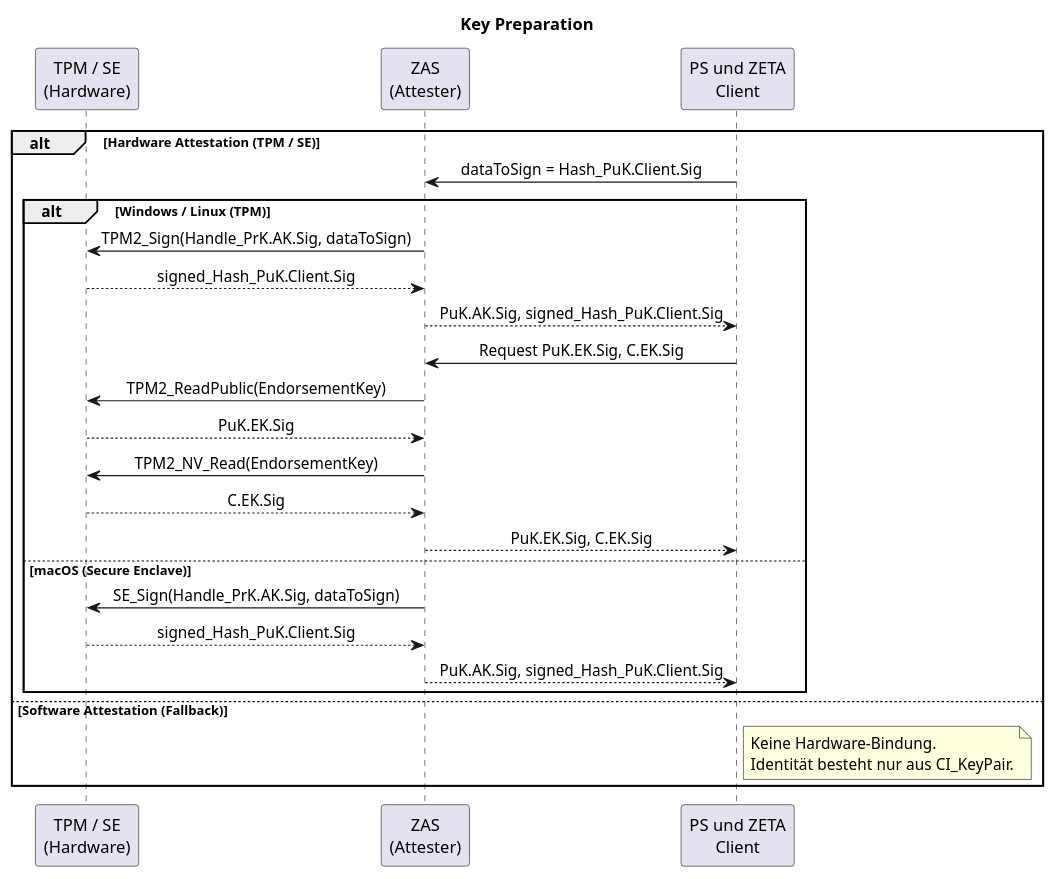
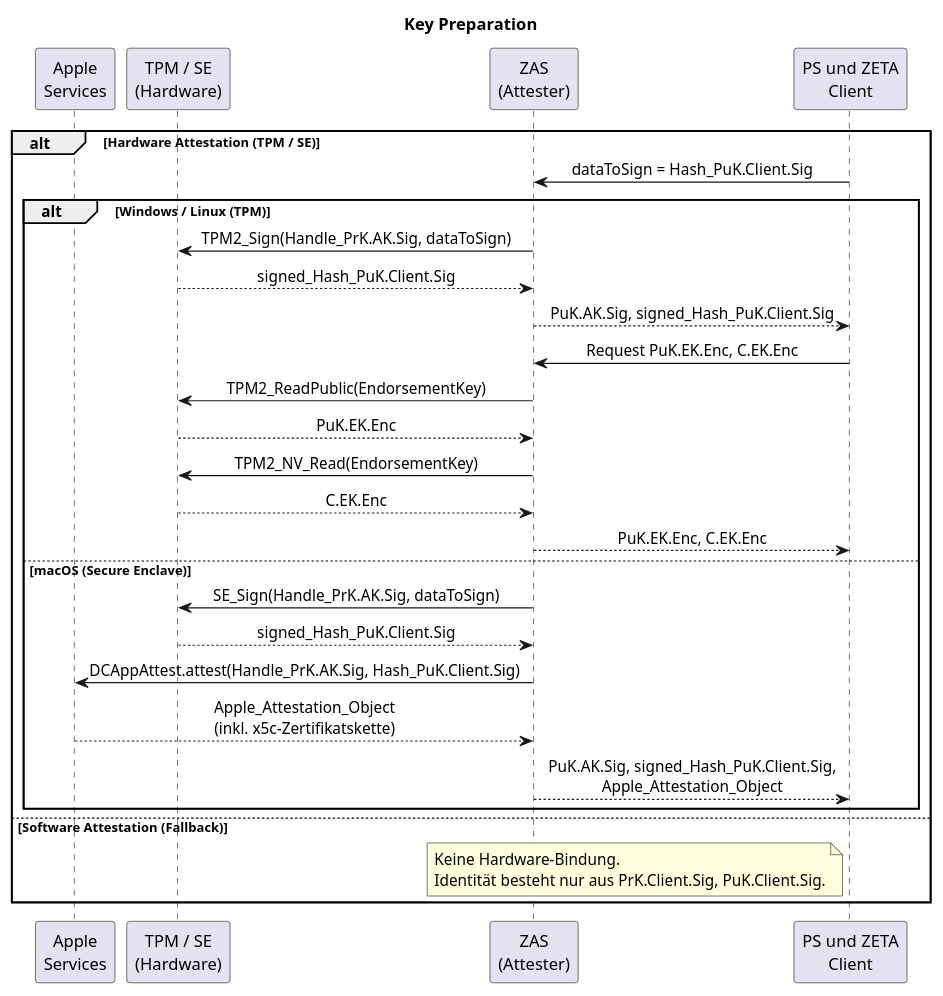
The diagram in src/plantuml/tmp/attestation-flows/key-preparation.puml (gematik/zeta), drawn with PlantUML before and after one commit. The commit also changed 2 other files, not shown here.

Commit message:
refactor: update attestation flow diagrams to include ZETA Guard fast-path and standardize key terminology.

```diff
--- a/src/plantuml/tmp/attestation-flows/key-preparation.puml
+++ b/src/plantuml/tmp/attestation-flows/key-preparation.puml
@@ -1,30 +1,33 @@
 @startuml "key-preparation"
 skinparam sequenceMessageAlign center
 title Key Preparation
 
+participant "Apple\nServices" as Apple
 participant "TPM / SE\n(Hardware)" as TPM
 participant "ZAS\n(Attester)" as ZAS
 participant "PS und ZETA\nClient" as Client
 
 alt Hardware Attestation (TPM / SE)
     Client -> ZAS: dataToSign = Hash_PuK.Client.Sig
     alt Windows / Linux (TPM)
         ZAS -> TPM: TPM2_Sign(Handle_PrK.AK.Sig, dataToSign)
         TPM --> ZAS: signed_Hash_PuK.Client.Sig
         ZAS --> Client: PuK.AK.Sig, signed_Hash_PuK.Client.Sig
-        Client -> ZAS: Request PuK.EK.Sig, C.EK.Sig
+        Client -> ZAS: Request PuK.EK.Enc, C.EK.Enc
         ZAS -> TPM: TPM2_ReadPublic(EndorsementKey)
-        TPM --> ZAS: PuK.EK.Sig
+        TPM --> ZAS: PuK.EK.Enc
         ZAS -> TPM: TPM2_NV_Read(EndorsementKey)
-        TPM --> ZAS: C.EK.Sig
-        ZAS --> Client: PuK.EK.Sig, C.EK.Sig
+        TPM --> ZAS: C.EK.Enc
+        ZAS --> Client: PuK.EK.Enc, C.EK.Enc
     else macOS (Secure Enclave)
         ZAS -> TPM: SE_Sign(Handle_PrK.AK.Sig, dataToSign)
         TPM --> ZAS: signed_Hash_PuK.Client.Sig
-        ZAS --> Client: PuK.AK.Sig, signed_Hash_PuK.Client.Sig
+        ZAS -> Apple: DCAppAttest.attest(Handle_PrK.AK.Sig, Hash_PuK.Client.Sig)
+        Apple --> ZAS: Apple_Attestation_Object\n(inkl. x5c-Zertifikatskette)
+        ZAS --> Client: PuK.AK.Sig, signed_Hash_PuK.Client.Sig,\nApple_Attestation_Object
     end
 else Software Attestation (Fallback)
-    note right of Client: Keine Hardware-Bindung.\nIdentität besteht nur aus CI_KeyPair.
+    note left of Client: Keine Hardware-Bindung.\nIdentität besteht nur aus PrK.Client.Sig, PuK.Client.Sig.
 end
 
 @enduml
```
